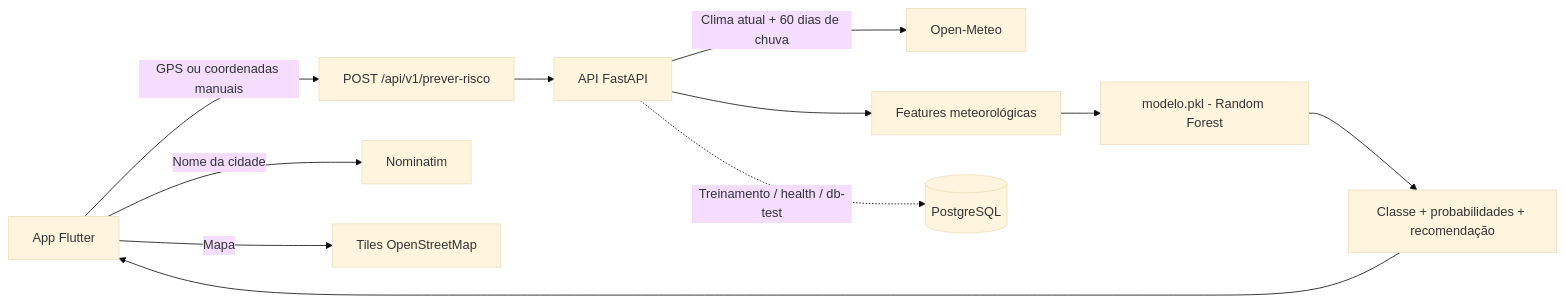
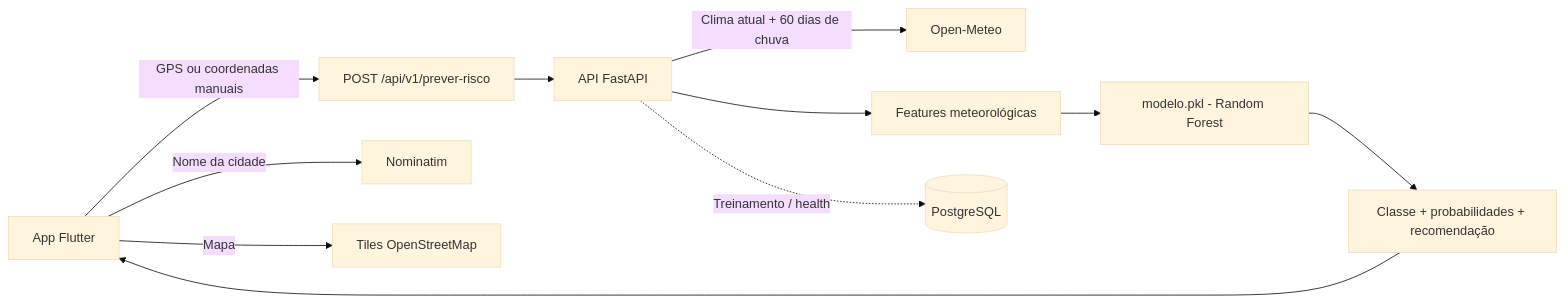
The diagram in README.md (FatecFranca/DSM-P5-G03-2026-02), drawn with Mermaid (base theme) before and after one commit. The commit also changed other lines of this file and 11 other files, not shown here.

````diff
--- a/README.md
+++ b/README.md
@@ -62,13 +62,13 @@
 ```mermaid
 flowchart LR
     A[App Flutter] -->|GPS ou coordenadas manuais| B[POST /api/v1/prever-risco]
     B --> C[API FastAPI]
     C -->|Clima atual + 60 dias de chuva| D[Open-Meteo]
     C --> E[Features meteorológicas]
     E --> F[modelo.pkl - Random Forest]
     F --> G[Classe + probabilidades + recomendação]
     G --> A
-    C -.->|Treinamento / health / db-test| H[(PostgreSQL)]
+    C -.->|Treinamento / health| H[(PostgreSQL)]
     A -->|Nome da cidade| I[Nominatim]
     A -->|Mapa| J[Tiles OpenStreetMap]
 ```
````
